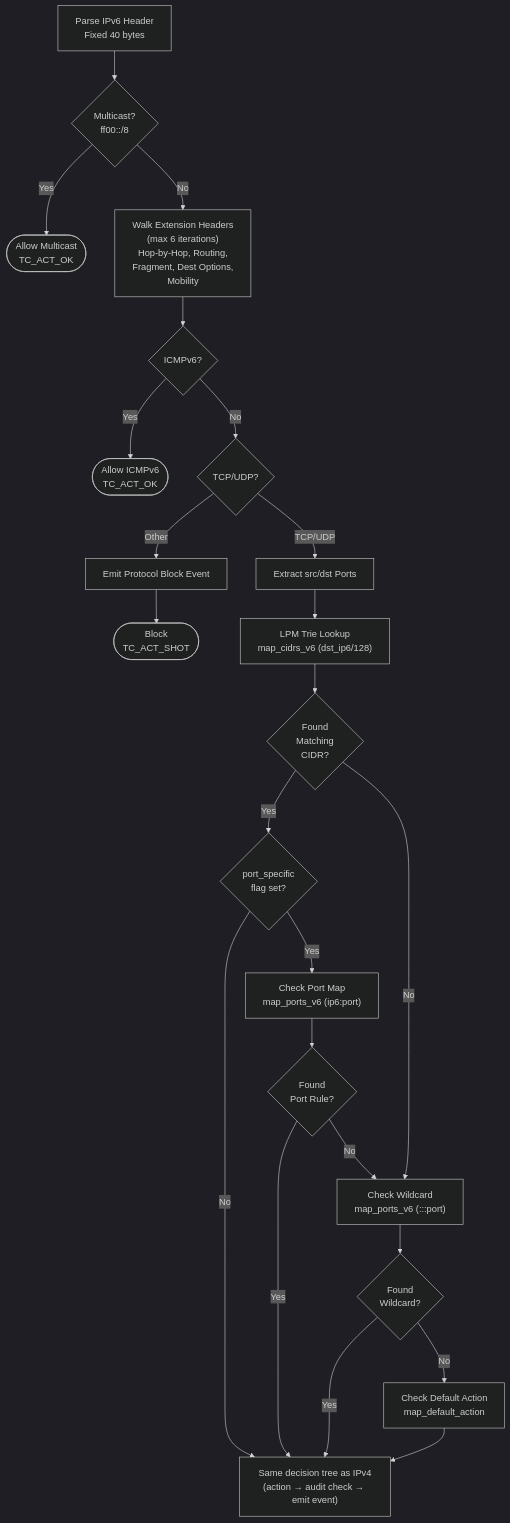
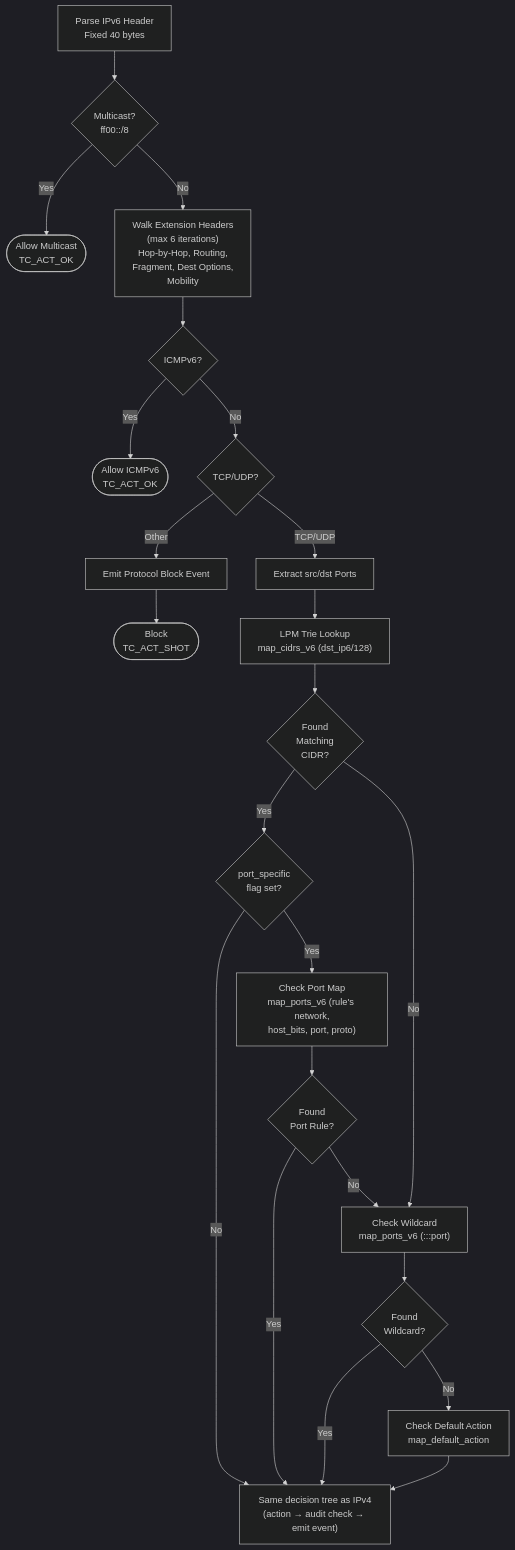
Before and after one commit to code-cargo/cargowall: the fourth of 6 diagrams in design.md, drawn with Mermaid (dark theme). The commit also changed other lines of this file and 28 other files, not shown here.

````diff
--- a/design.md
+++ b/design.md
@@ -178,53 +178,53 @@
 ```mermaid
 flowchart TD
     ParseIPv6[Parse IPv6 Header<br/>Fixed 40 bytes]
     IsMulticast{"Multicast?<br/>ff00::/8"}
     AllowMcast([Allow Multicast<br/>TC_ACT_OK])
 
     WalkExtHdr["Walk Extension Headers<br/>(max 6 iterations)<br/>Hop-by-Hop, Routing,<br/>Fragment, Dest Options,<br/>Mobility"]
     IsICMPv6{ICMPv6?}
     AllowICMP([Allow ICMPv6<br/>TC_ACT_OK])
     IsTCPUDP{TCP/UDP?}
     BlockProto[Emit Protocol Block Event]
     BlockShot([Block<br/>TC_ACT_SHOT])
     ParsePorts[Extract src/dst Ports]
 
     LPMLookup["LPM Trie Lookup<br/>map_cidrs_v6 (dst_ip6/128)"]
     HasRule{Found<br/>Matching<br/>CIDR?}
 
     IsPortSpecific{port_specific<br/>flag set?}
-    CheckPort["Check Port Map<br/>map_ports_v6 (ip6:port)"]
+    CheckPort["Check Port Map<br/>map_ports_v6 (rule's network,<br/>host_bits, port, proto)"]
     HasPortRule{Found<br/>Port Rule?}
 
     CheckWildcard["Check Wildcard<br/>map_ports_v6 (:::port)"]
     HasWildcard{Found<br/>Wildcard?}
 
     CheckDefault["Check Default Action<br/>map_default_action"]
     Decision["Same decision tree as IPv4<br/>(action → audit check → emit event)"]
 
     ParseIPv6 --> IsMulticast
     IsMulticast -->|Yes| AllowMcast
     IsMulticast -->|No| WalkExtHdr
     WalkExtHdr --> IsICMPv6
     IsICMPv6 -->|Yes| AllowICMP
     IsICMPv6 -->|No| IsTCPUDP
     IsTCPUDP -->|Other| BlockProto
     BlockProto --> BlockShot
     IsTCPUDP -->|TCP/UDP| ParsePorts
 
     ParsePorts --> LPMLookup
     LPMLookup --> HasRule
     HasRule -->|Yes| IsPortSpecific
     HasRule -->|No| CheckWildcard
 
     IsPortSpecific -->|No| Decision
     IsPortSpecific -->|Yes| CheckPort
     CheckPort --> HasPortRule
     HasPortRule -->|Yes| Decision
     HasPortRule -->|No| CheckWildcard
 
     CheckWildcard --> HasWildcard
     HasWildcard -->|Yes| Decision
     HasWildcard -->|No| CheckDefault
     CheckDefault --> Decision
 ```
````
